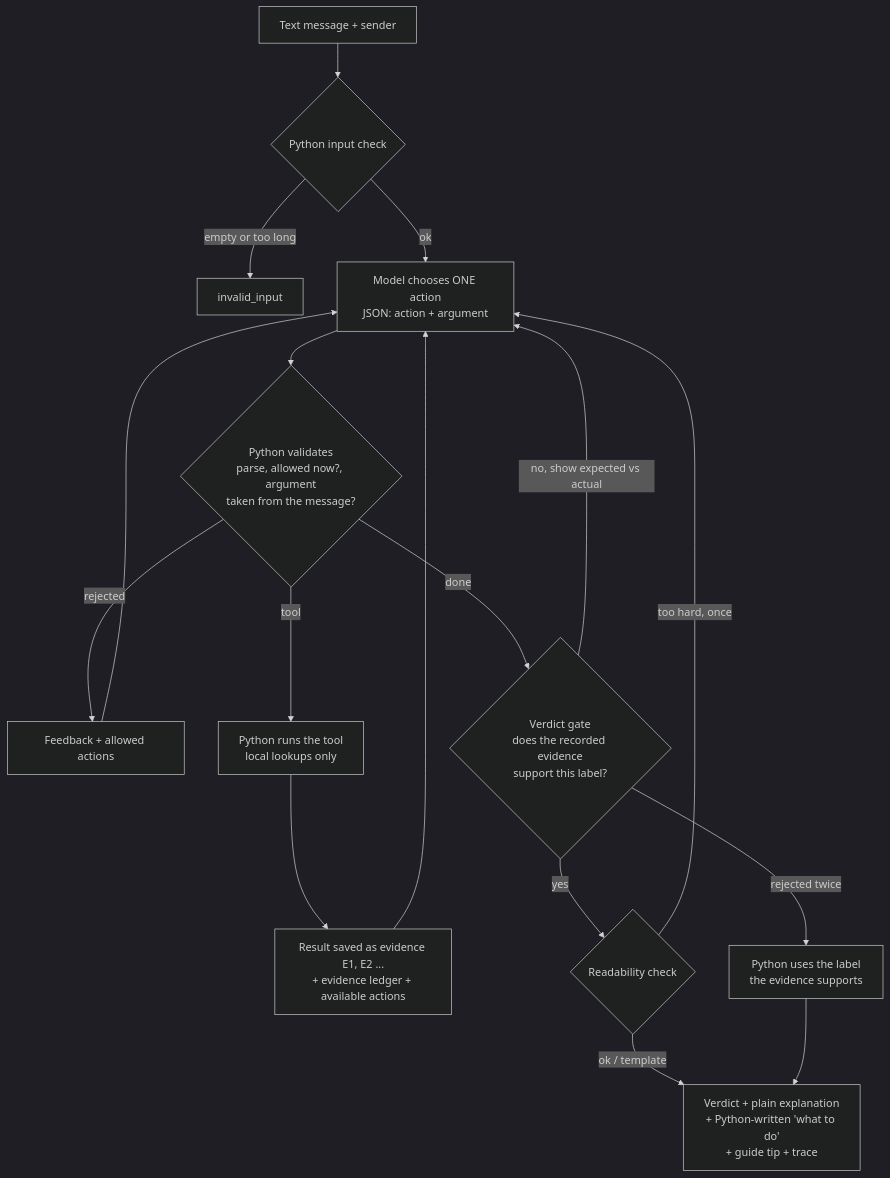
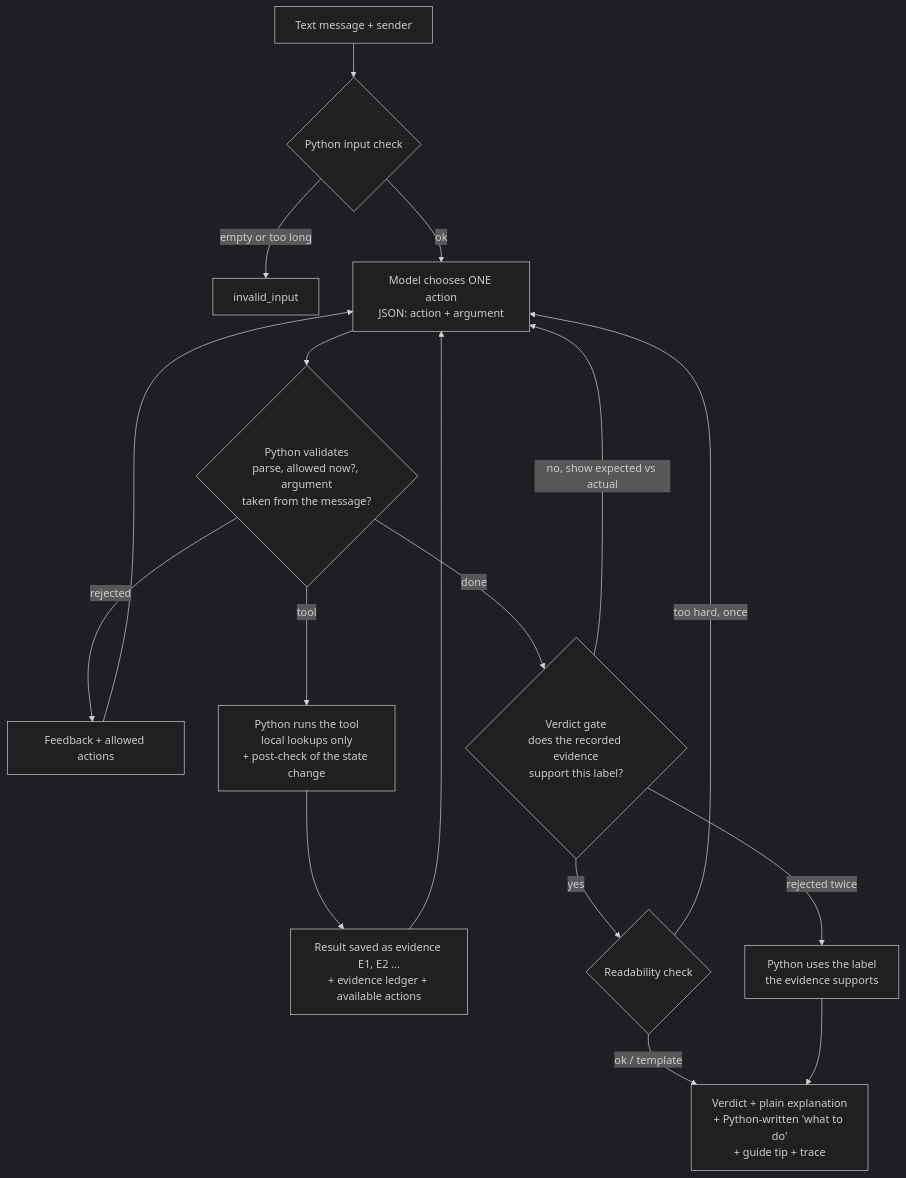
Before and after one commit to ARUNAS95/ScamShield: the diagram in README.md, drawn with Mermaid (dark theme). The commit also changed other lines of this file and 1 other file, not shown here.

````diff
--- a/README.md
+++ b/README.md
@@ -71,19 +71,19 @@
 ```mermaid
 flowchart TD
     A[Text message + sender] --> B{Python input check}
     B -- empty or too long --> X[invalid_input]
     B -- ok --> C[Model chooses ONE action<br/>JSON: action + argument]
     C --> D{Python validates<br/>parse, allowed now?, argument<br/>taken from the message?}
     D -- rejected --> F[Feedback + allowed actions]
     F --> C
-    D -- tool --> E[Python runs the tool<br/>local lookups only]
+    D -- tool --> E[Python runs the tool<br/>local lookups only<br/>+ post-check of the state change]
     E --> G[Result saved as evidence E1, E2 ...<br/>+ evidence ledger + available actions]
     G --> C
     D -- done --> H{Verdict gate<br/>does the recorded evidence<br/>support this label?}
     H -- no, show expected vs actual --> C
     H -- rejected twice --> P[Python uses the label<br/>the evidence supports]
     H -- yes --> R{Readability check}
     R -- too hard, once --> C
     R -- ok / template --> O[Verdict + plain explanation<br/>+ Python-written 'what to do'<br/>+ guide tip + trace]
     P --> O
 ```
````
